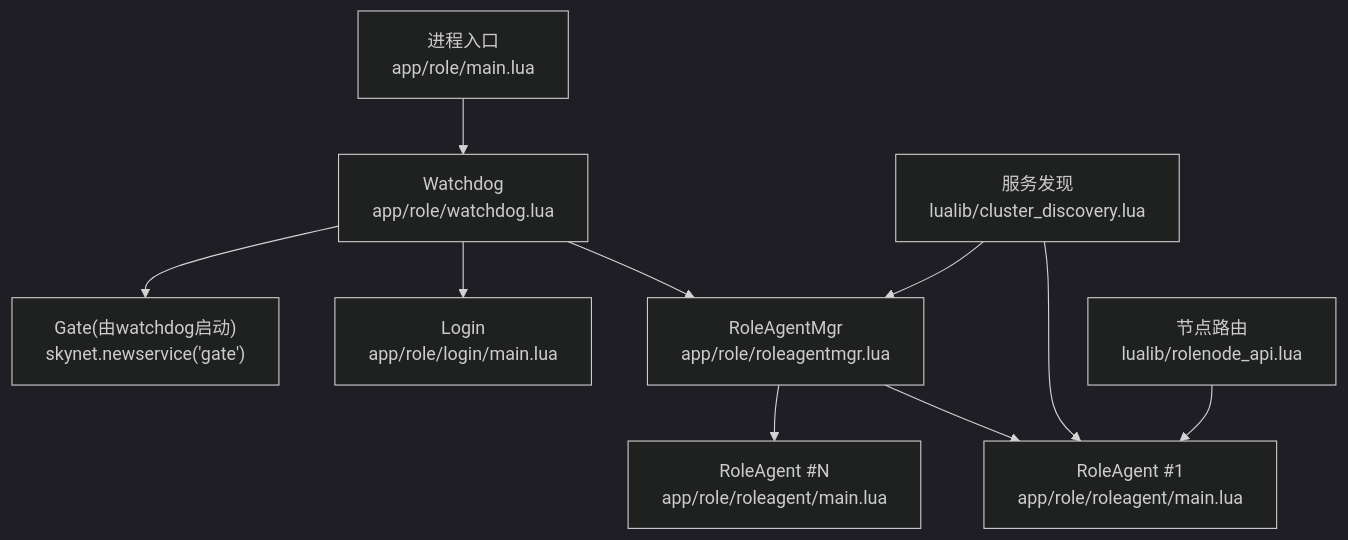
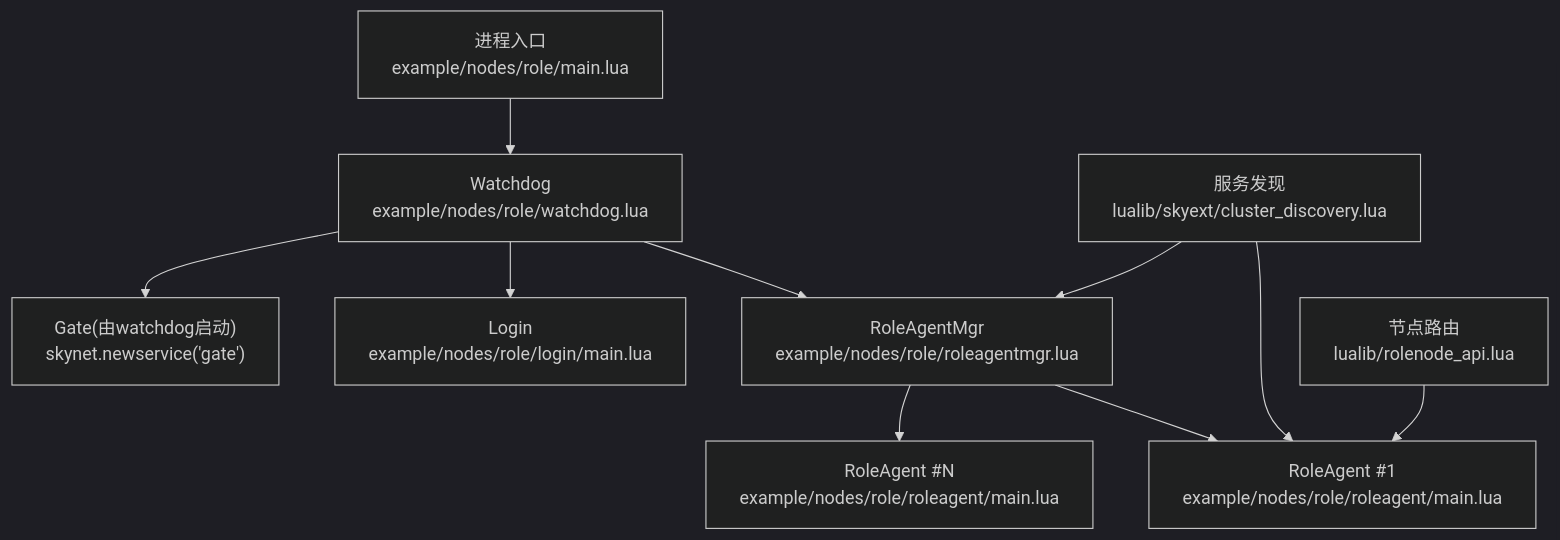
The first of 7 diagrams in docs/repowiki/zh/content/服务模块/Role 服务/服务架构设计.md (hanxi/skyext), drawn with Mermaid (dark theme) before and after one commit. The commit also changed other lines of this file and 117 other files, not shown here.

````diff
--- a/docs/repowiki/zh/content/服务模块/Role 服务/服务架构设计.md
+++ b/docs/repowiki/zh/content/服务模块/Role 服务/服务架构设计.md
@@ -49,12 +49,12 @@
 ```mermaid
 graph TB
-A["进程入口<br/>app/role/main.lua"] --> B["Watchdog<br/>app/role/watchdog.lua"]
+A["进程入口<br/>example/nodes/role/main.lua"] --> B["Watchdog<br/>example/nodes/role/watchdog.lua"]
 B --> C["Gate(由watchdog启动)<br/>skynet.newservice('gate')"]
-B --> D["Login<br/>app/role/login/main.lua"]
-B --> E["RoleAgentMgr<br/>app/role/roleagentmgr.lua"]
-E --> F["RoleAgent #1<br/>app/role/roleagent/main.lua"]
-E --> G["RoleAgent #N<br/>app/role/roleagent/main.lua"]
-H["服务发现<br/>lualib/cluster_discovery.lua"] --> E
+B --> D["Login<br/>example/nodes/role/login/main.lua"]
+B --> E["RoleAgentMgr<br/>example/nodes/role/roleagentmgr.lua"]
+E --> F["RoleAgent #1<br/>example/nodes/role/roleagent/main.lua"]
+E --> G["RoleAgent #N<br/>example/nodes/role/roleagent/main.lua"]
+H["服务发现<br/>lualib/skyext/cluster_discovery.lua"] --> E
 H --> F
 I["节点路由<br/>lualib/rolenode_api.lua"] --> F
 ```
````
